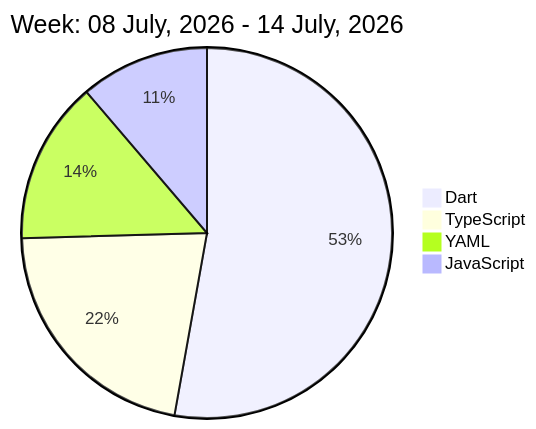
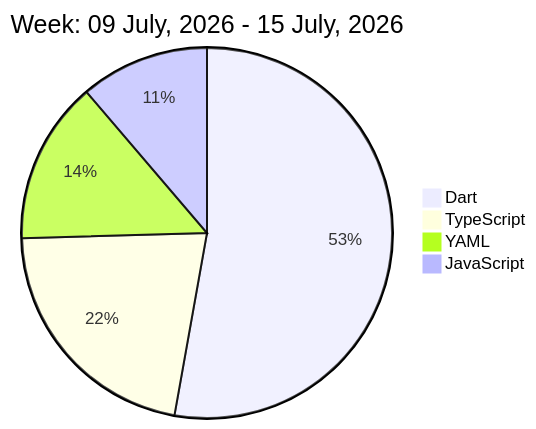
The diagram in README.md (liubin95/liubin95), drawn with Mermaid before and after one commit.

Commit message:
Updated the Graph with new Metrics

````diff
--- a/README.md
+++ b/README.md
@@ -32,8 +32,8 @@
 ```mermaid
  pie
-title Week: 08 July, 2026 - 14 July, 2026
+title Week: 09 July, 2026 - 15 July, 2026
  "Dart" : 8.92
  "TypeScript" : 3.67
  "YAML" : 2.4
  "JavaScript" : 1.9
 ```
````
